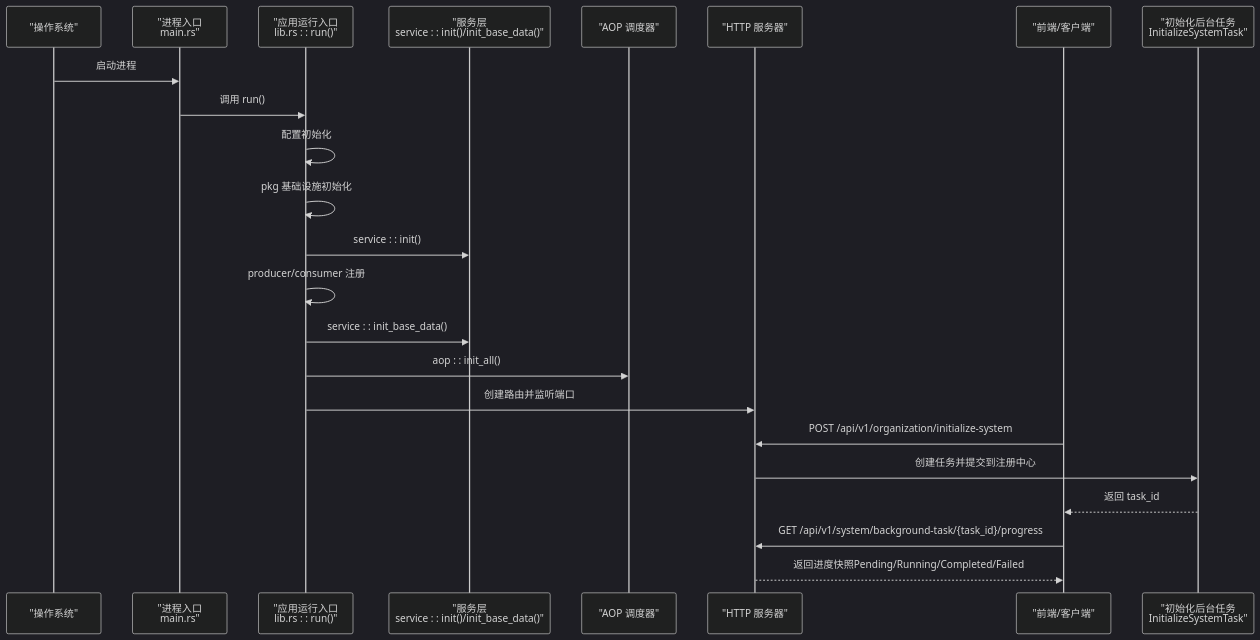
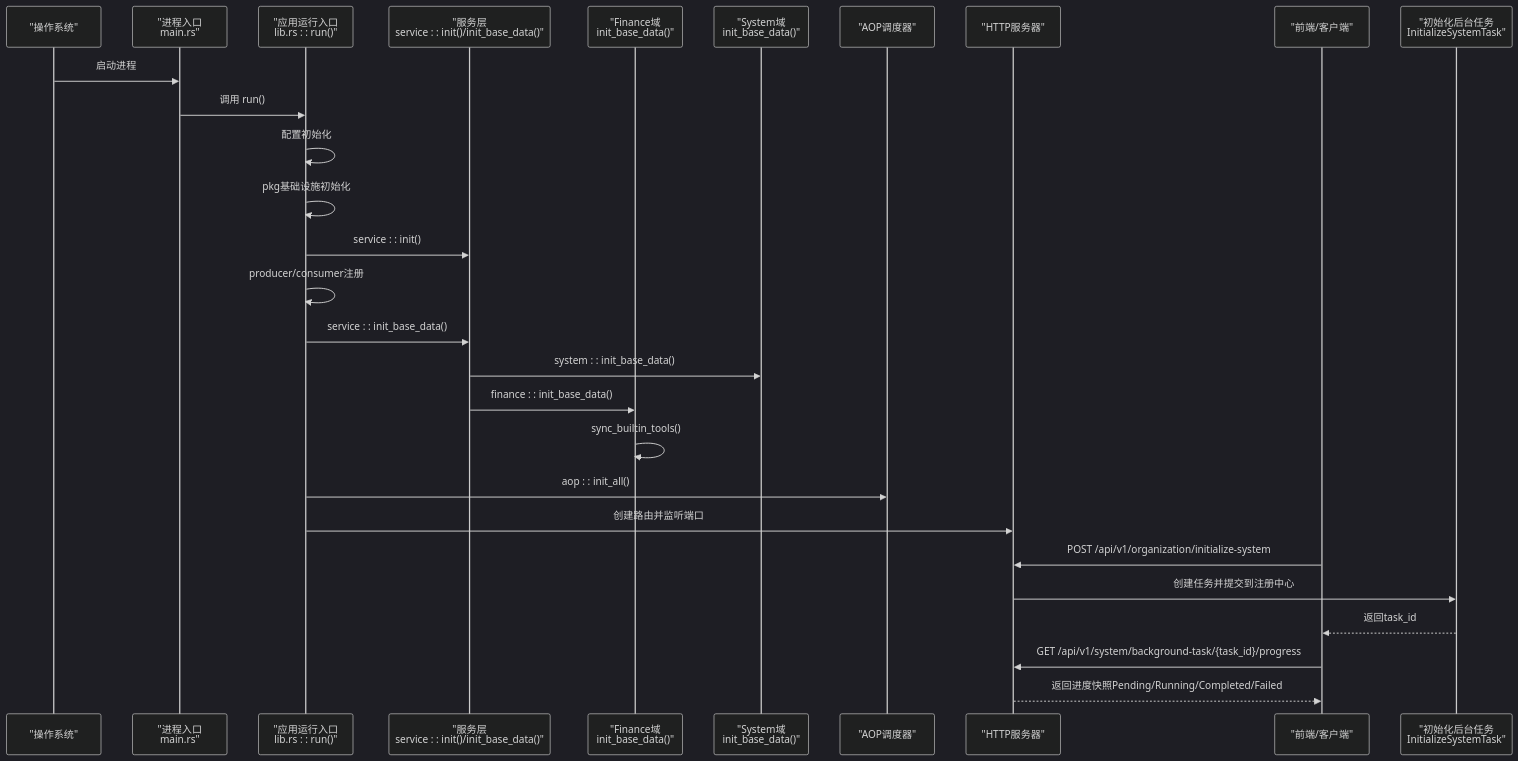
One commit to runningcoders/ai_orz changed the second of 8 diagrams in .qoder/repowiki/zh/content/功能模块/用户与组织管理/系统初始化.md. Above: the diagram before and after it, drawn with Mermaid (dark theme). The commit also changed other lines of this file and 142 other files, not shown here.

````diff
--- a/.qoder/repowiki/zh/content/功能模块/用户与组织管理/系统初始化.md
+++ b/.qoder/repowiki/zh/content/功能模块/用户与组织管理/系统初始化.md
@@ -80,25 +98,30 @@
 ```mermaid
 sequenceDiagram
 participant OS as "操作系统"
 participant Main as "进程入口<br/>main.rs"
 participant App as "应用运行入口<br/>lib.rs : : run()"
 participant Svc as "服务层<br/>service : : init()/init_base_data()"
-participant AOP as "AOP 调度器"
-participant API as "HTTP 服务器"
+participant Fin as "Finance域<br/>init_base_data()"
+participant Sys as "System域<br/>init_base_data()"
+participant AOP as "AOP调度器"
+participant API as "HTTP服务器"
 participant Client as "前端/客户端"
 participant Task as "初始化后台任务<br/>InitializeSystemTask"
 OS->>Main : 启动进程
 Main->>App : 调用 run()
 App->>App : 配置初始化
-App->>App : pkg 基础设施初始化
+App->>App : pkg基础设施初始化
 App->>Svc : service : : init()
-App->>App : producer/consumer 注册
+App->>App : producer/consumer注册
 App->>Svc : service : : init_base_data()
+Svc->>Sys : system : : init_base_data()
+Svc->>Fin : finance : : init_base_data()
+Fin->>Fin : sync_builtin_tools()
 App->>AOP : aop : : init_all()
 App->>API : 创建路由并监听端口
 Client->>API : POST /api/v1/organization/initialize-system
 API->>Task : 创建任务并提交到注册中心
-Task-->>Client : 返回 task_id
+Task-->>Client : 返回task_id
 Client->>API : GET /api/v1/system/background-task/{task_id}/progress
 API-->>Client : 返回进度快照Pending/Running/Completed/Failed
 ```
````
